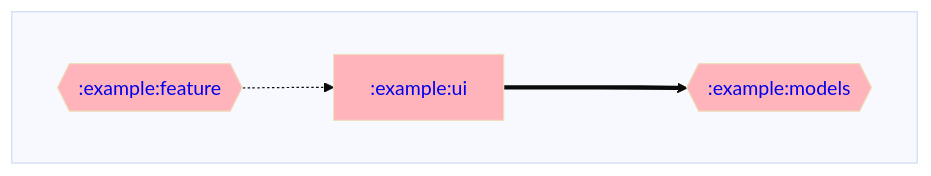
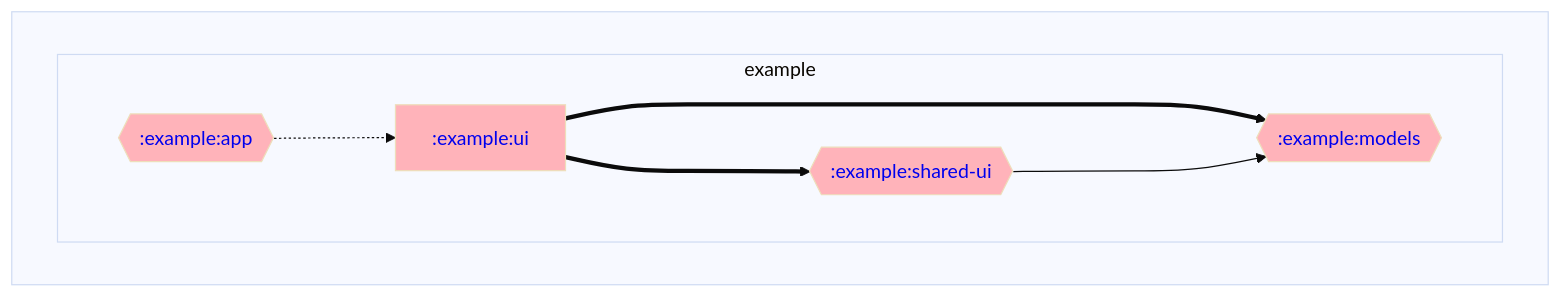
Before and after one commit to adityabhaskar/Gradle-dependency-graphs: the diagram in example/ui/dependencyGraph.md, drawn with Mermaid. The commit also changed 15 other files, not shown here.

Commit message:
Updated dependency graphs

````diff
--- a/example/ui/dependencyGraph.md
+++ b/example/ui/dependencyGraph.md
@@ -1,24 +1,31 @@
 ```mermaid
 %%{ init: { 'theme': 'base' } }%%
 graph LR;
 
 %% Styling for module nodes by type
 classDef rootNode stroke-width:4px;
 classDef mppNode fill:#ffd2b3,color:#333333;
 classDef andNode fill:#baffc9,color:#333333;
 classDef javaNode fill:#ffb3ba,color:#333333;
 
 %% Modules
 subgraph  
   direction LR;
-  :example:feature{{<a href='https://github.com/adityabhaskar/Gradle-dependency-graphs/blob/main/example/feature/dependencyGraph.md' style='text-decoration:auto'>:example:feature</a>}}:::javaNode;
-  :example:models{{<a href='https://github.com/adityabhaskar/Gradle-dependency-graphs/blob/main/example/models/dependencyGraph.md' style='text-decoration:auto'>:example:models</a>}}:::javaNode;
-  :example:ui[<a href='https://github.com/adityabhaskar/Gradle-dependency-graphs/blob/main/example/ui/dependencyGraph.md' style='text-decoration:auto'>:example:ui</a>]:::javaNode;
+
+  subgraph example
+    direction LR;
+    :example:app{{<a href='https://github.com/adityabhaskar/Gradle-dependency-graphs/blob/main/example/app/dependencyGraph.md' style='text-decoration:auto'>:example:app</a>}}:::javaNode;
+    :example:models{{<a href='https://github.com/adityabhaskar/Gradle-dependency-graphs/blob/main/example/models/dependencyGraph.md' style='text-decoration:auto'>:example:models</a>}}:::javaNode;
+    :example:shared-ui{{<a href='https://github.com/adityabhaskar/Gradle-dependency-graphs/blob/main/example/shared-ui/dependencyGraph.md' style='text-decoration:auto'>:example:shared-ui</a>}}:::javaNode;
+    :example:ui[<a href='https://github.com/adityabhaskar/Gradle-dependency-graphs/blob/main/example/ui/dependencyGraph.md' style='text-decoration:auto'>:example:ui</a>]:::javaNode;
+  end
 end
 
 %% Dependencies
 :example:ui===>:example:models
+:example:ui===>:example:shared-ui
+:example:shared-ui--->:example:models
 
 %% Dependents
-:example:feature-.->:example:ui
+:example:app-.->:example:ui
 ```
````
